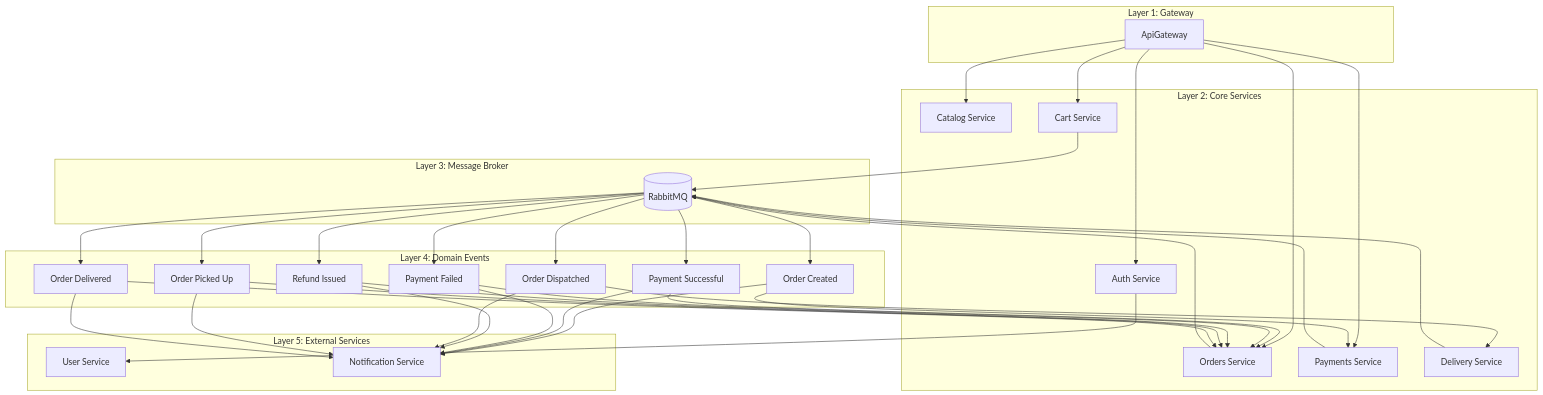
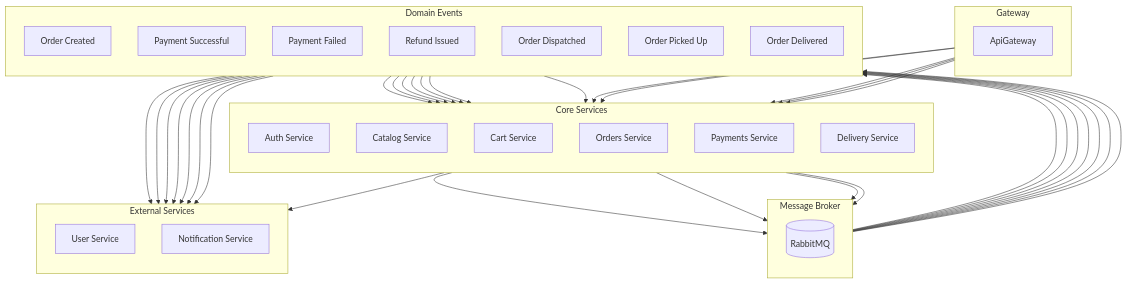
Before and after one commit to NVolnukhin/OrderAccountingSystem: the diagram in README.md, drawn with Mermaid.

Commit message:
update READNE

```diff
--- a/README.md
+++ b/README.md
@@ -29,12 +29,14 @@
 graph TD
 
 %% ───── Gateway ─────
-   subgraph Layer 1: Gateway
+   subgraph Gateway
+      direction TB
       AG[ApiGateway]
    end
 
 %% ───── Core Services ─────
-   subgraph Layer 2: Core Services
+   subgraph Core Services
+      direction TB
       AU[Auth Service]
       CA[Catalog Service]
       CR[Cart Service]
@@ -44,12 +46,14 @@
    end
 
 %% ───── Message Broker ─────
-   subgraph Layer 3: Message Broker
+   subgraph Message Broker
+      direction TB
       RMQ[(RabbitMQ)]
    end
 
 %% ───── Domain Events ─────
-   subgraph Layer 4: Domain Events
+   subgraph Domain Events
+      direction TB
       OC[Order Created]
       OPS[Payment Successful]
       OPF[Payment Failed]
@@ -59,8 +63,9 @@
       DL[Order Delivered]
    end
 
-%% ───── User & Notification ─────
-   subgraph Layer 5: External Services
+%% ───── External Services ─────
+   subgraph External Services
+      direction TB
       US[User Service]
       NO[Notification Service]
    end
@@ -75,13 +80,13 @@
 %% Auth → User registration
    AU --> US
 
-%% Publishing to RabbitMQ
+%% Core publishes to RabbitMQ
    CR --> RMQ
    OR --> RMQ
    PA --> RMQ
    DE --> RMQ
 
-%% Events published
+%% Events from RabbitMQ
    RMQ --> OC
    RMQ --> OPS
    RMQ --> OPF
@@ -90,7 +95,7 @@
    RMQ --> OP
    RMQ --> DL
 
-%% Services consume from RabbitMQ
+%% Event consumers
    OC --> PA
    OPS --> OR
    OPF --> OR
@@ -99,7 +104,7 @@
    OP --> OR
    DL --> OR
 
-%% Notifications subscribe to all events
+%% Notifications
    OC --> NO
    OPS --> NO
    OPF --> NO
```
